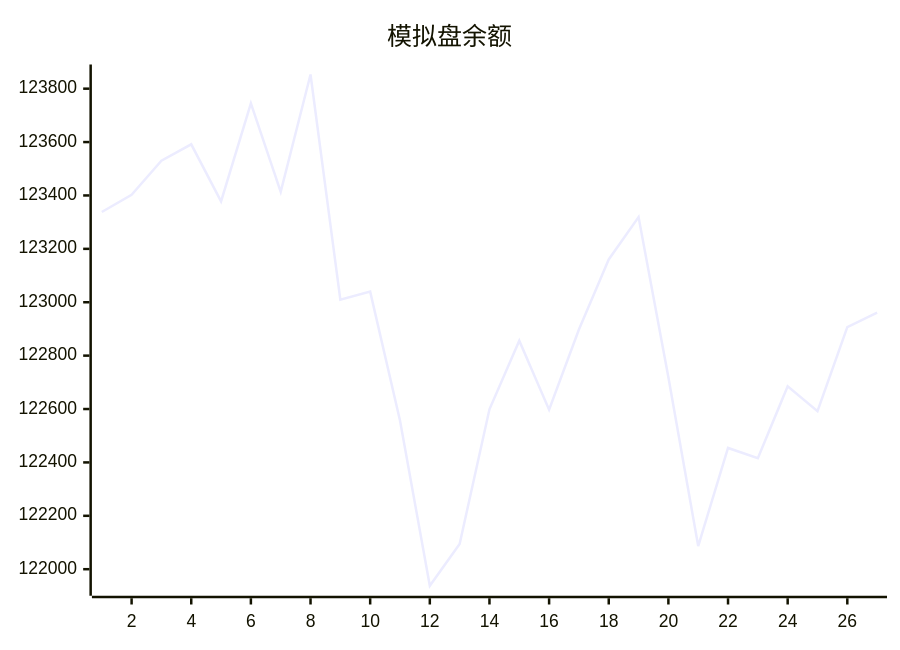
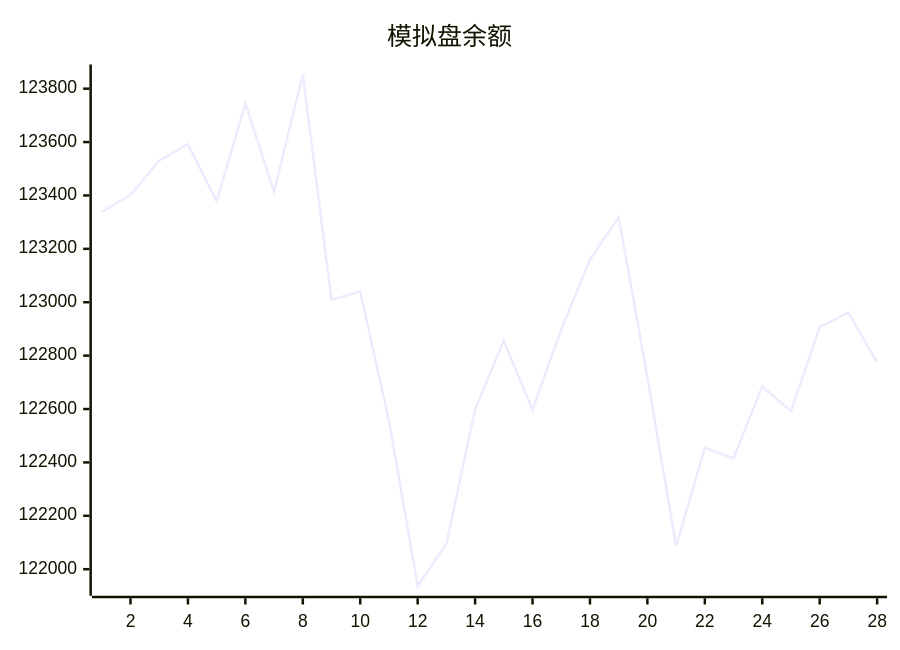
One commit to aahl/mcp-aktools changed the diagram in trading/README.md. Above: the diagram before and after it, drawn with Mermaid. The commit also changed 1 other file, not shown here.

Commit message:
📈 AkTools MCP Server

````diff
--- a/trading/README.md
+++ b/trading/README.md
@@ -3,5 +3,5 @@
 ```mermaid
 xychart
     title "模拟盘余额"
-    line [123337.9,123402.4,123530.3,123591.6,123377.9,123745.3,123413.3,123853.1,123009.4,123039.8,122557.0,121938.0,122094.6,122599.0,122856.1,122597.3,122898.1,123160.2,123318.8,122719.1,122086.7,122454.1,122415.9,122685.2,122591.9,122906.8,122960.7]
+    line [123337.9,123402.4,123530.3,123591.6,123377.9,123745.3,123413.3,123853.1,123009.4,123039.8,122557.0,121938.0,122094.6,122599.0,122856.1,122597.3,122898.1,123160.2,123318.8,122719.1,122086.7,122454.1,122415.9,122685.2,122591.9,122906.8,122960.7,122775.6]
 ```
````
